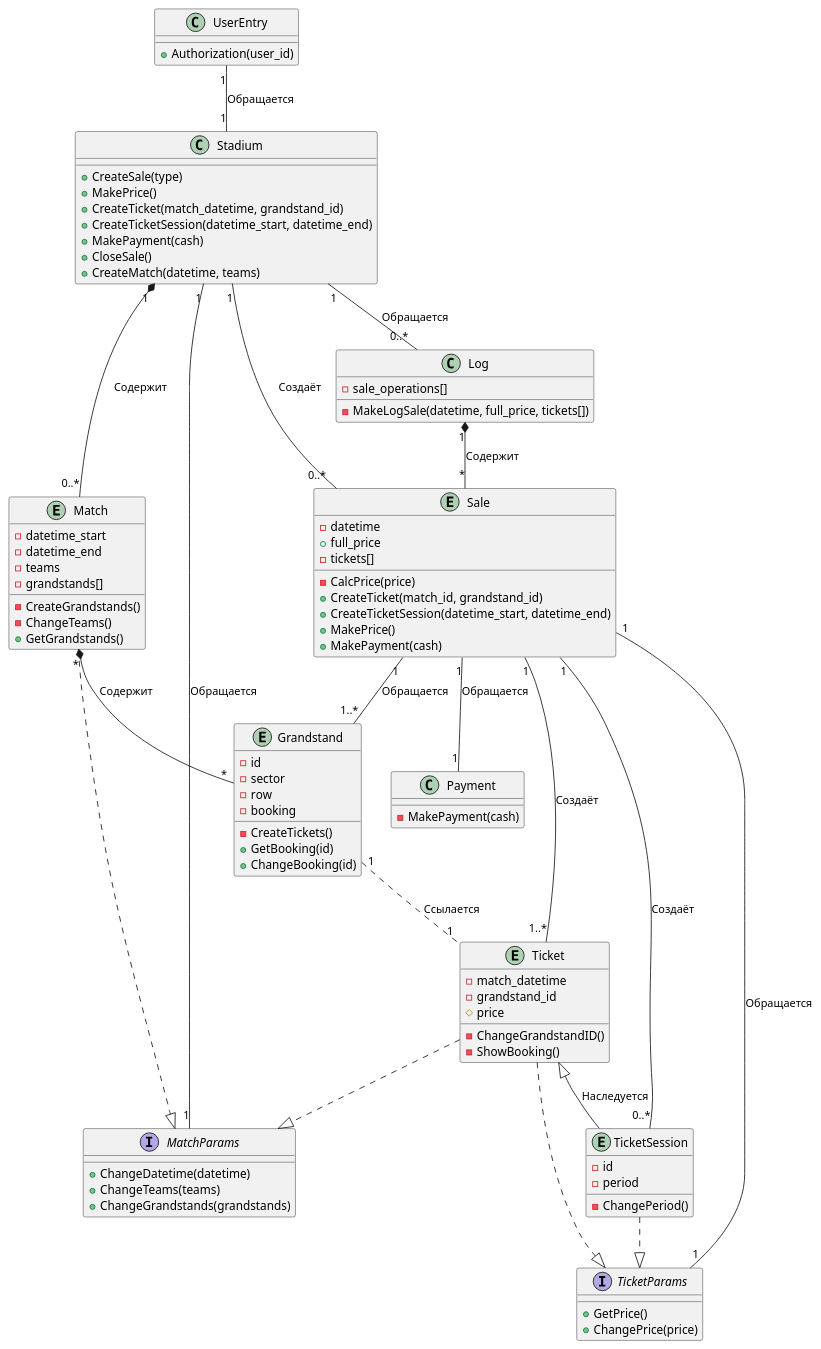
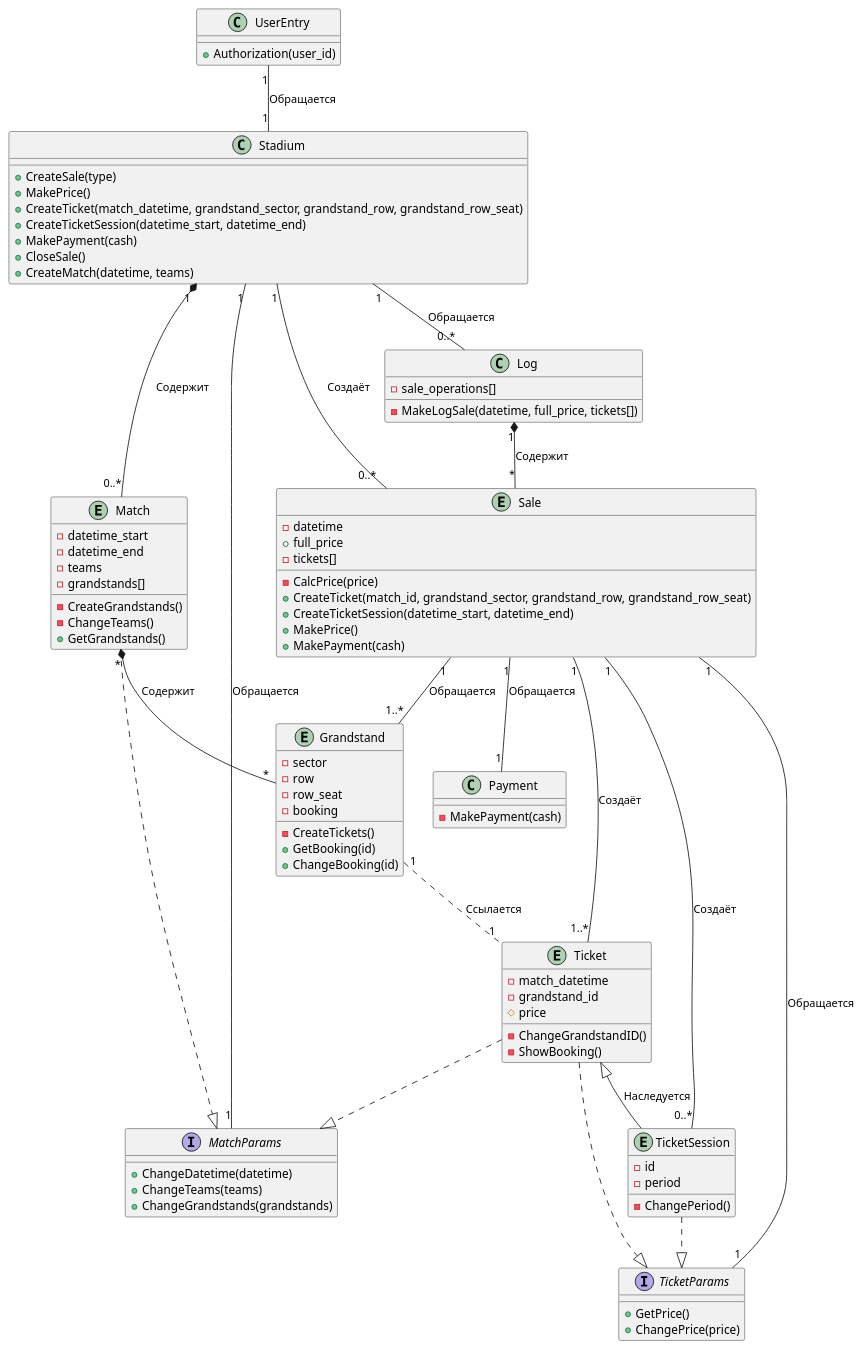
One commit to penamarth/bsbo-03-23_team4_var10_football changed the diagram in Модель предметной области.md. Above: the diagram before and after it, drawn with PlantUML. The commit also changed 1 other file, not shown here.

Commit message:
Правка составного ID у Grandstand

```diff
--- a/Модель предметной области.md
+++ b/Модель предметной области.md
@@ -8,7 +8,7 @@
 {
     + CreateSale(type)
     + MakePrice()
-    + CreateTicket(match_datetime, grandstand_id)
+    + CreateTicket(match_datetime, grandstand_sector, grandstand_row, grandstand_row_seat)
     + CreateTicketSession(datetime_start, datetime_end)
     + MakePayment(cash)
     + CloseSale()
@@ -26,9 +26,9 @@
 }
 entity Grandstand
 {
-    - id
     - sector
     - row
+    - row_seat
     - booking
     - CreateTickets()
     + GetBooking(id)
@@ -54,7 +54,7 @@
     + full_price
     - tickets[]
     - CalcPrice(price)
-    + CreateTicket(match_id, grandstand_id)
+    + CreateTicket(match_id, grandstand_sector, grandstand_row, grandstand_row_seat)
     + CreateTicketSession(datetime_start, datetime_end)
     + MakePrice()
     + MakePayment(cash)
```
